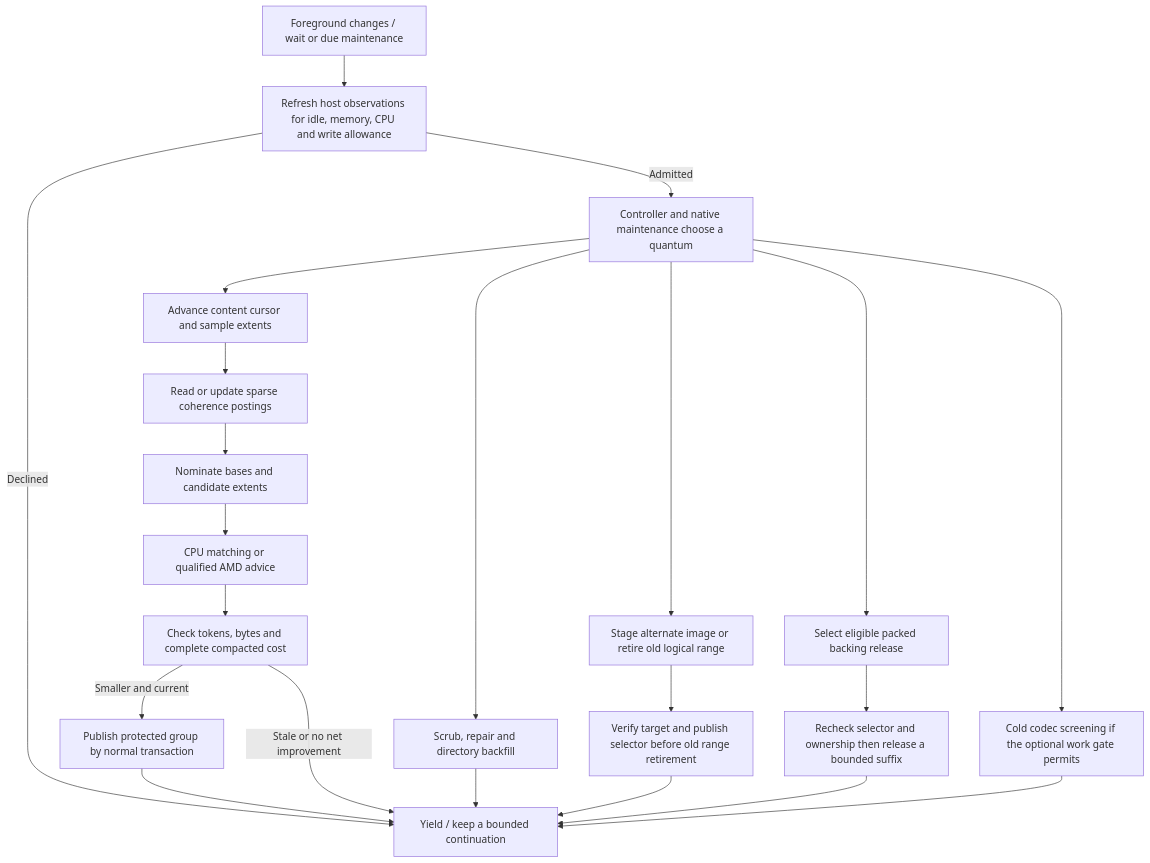
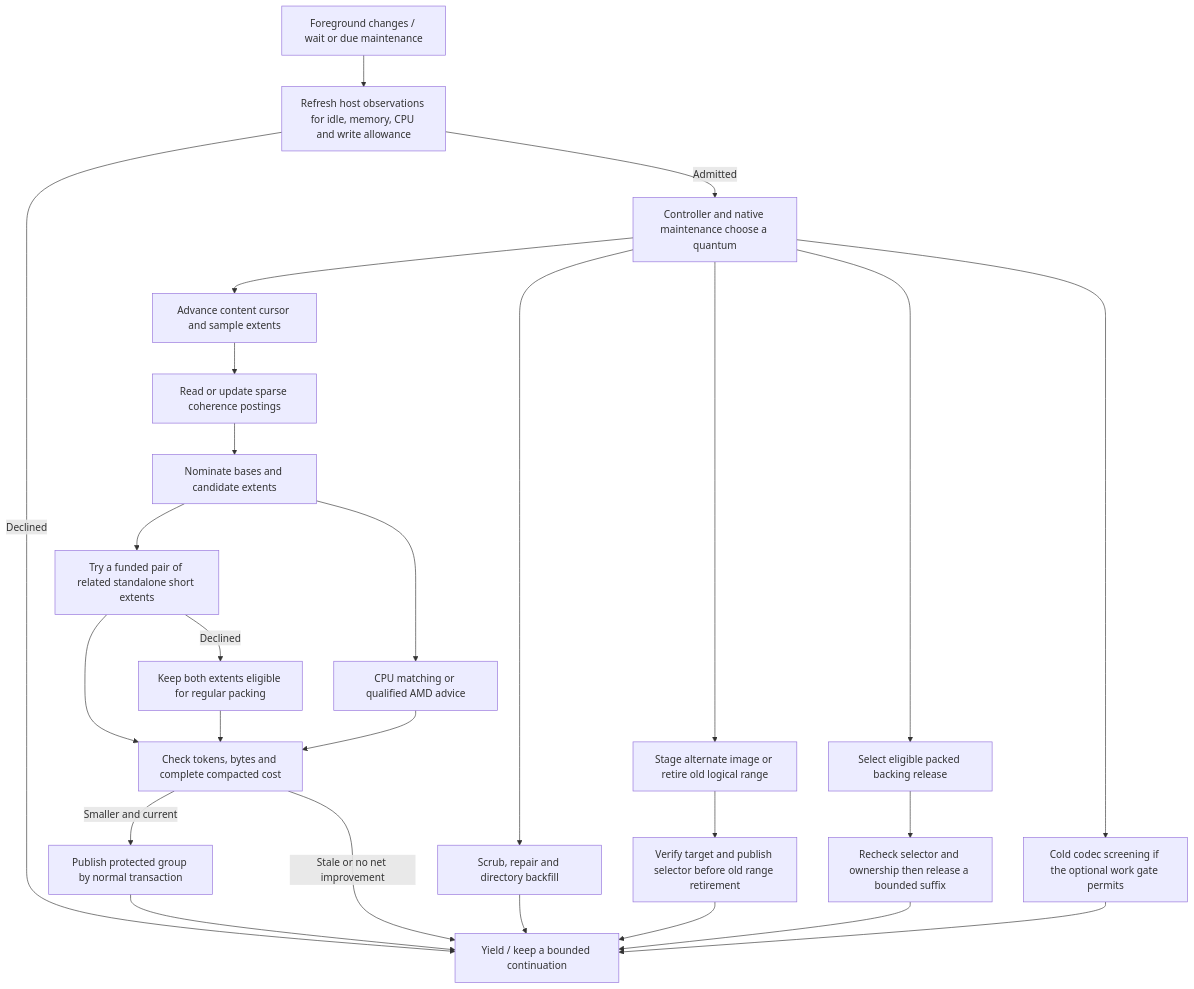
Diagram 14 of 27 in docs/architecture/CURRENT.md (strmt7/FlitzFS), drawn with Mermaid before and after one commit. The commit also changed other lines of this file and 8 other files, not shown here.

Commit message:
Pack related short extents before the regular fill

````diff
--- a/docs/architecture/CURRENT.md
+++ b/docs/architecture/CURRENT.md
@@ -502,24 +502,28 @@
 ```mermaid
 flowchart TD
     Wake["Foreground changes / wait or due maintenance"] --> Budget["Refresh host observations for idle, memory, CPU and write allowance"]
     Budget -->|Declined| Yield["Yield / keep a bounded continuation"]
     Budget -->|Admitted| Decide["Controller and native maintenance choose a quantum"]
     Decide --> Scan["Advance content cursor and sample extents"]
     Scan --> Postings["Read or update sparse coherence postings"]
     Postings --> Plan["Nominate bases and candidate extents"]
+    Plan --> Short["Try a funded pair of related standalone short extents"]
+    Short --> Compare
+    Short -->|Declined| Fill["Keep both extents eligible for regular packing"]
+    Fill --> Compare
     Decide --> Repair["Scrub, repair and directory backfill"]
     Decide --> Reclaim["Stage alternate image or retire old logical range"]
     Decide --> Tail["Select eligible packed backing release"]
     Decide --> Screen["Cold codec screening if the optional work gate permits"]
     Plan --> Search["CPU matching or qualified AMD advice"]
     Search --> Compare["Check tokens, bytes and complete compacted cost"]
     Compare -->|Smaller and current| Publish["Publish protected group by normal transaction"]
     Compare -->|Stale or no net improvement| Yield
     Repair --> Yield
     Reclaim --> Commit["Verify target and publish selector before old range retirement"]
     Tail --> Allocator["Recheck selector and ownership then release a bounded suffix"]
     Allocator --> Yield
     Screen --> Yield
     Commit --> Yield
     Publish --> Yield
 ```
````
